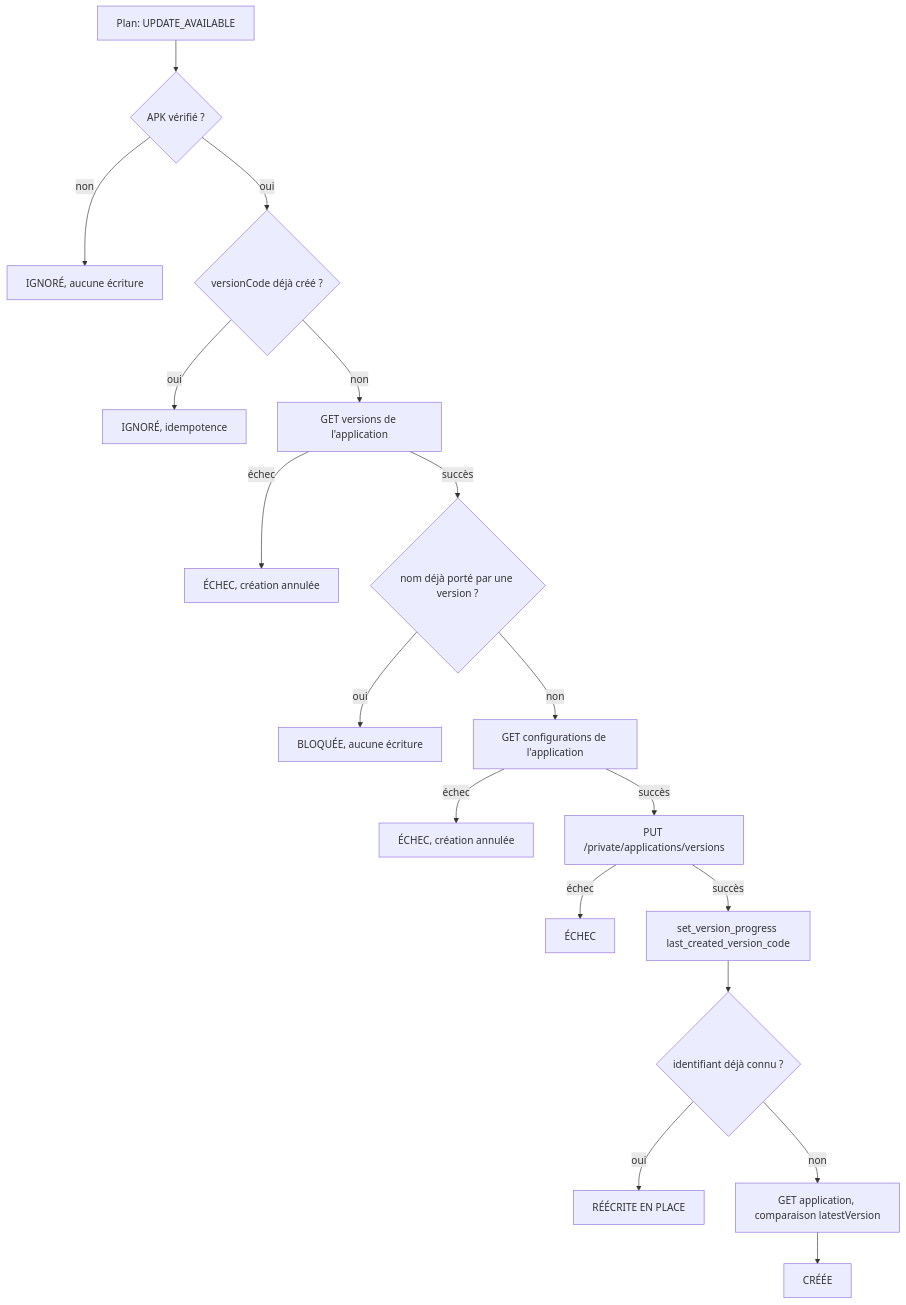
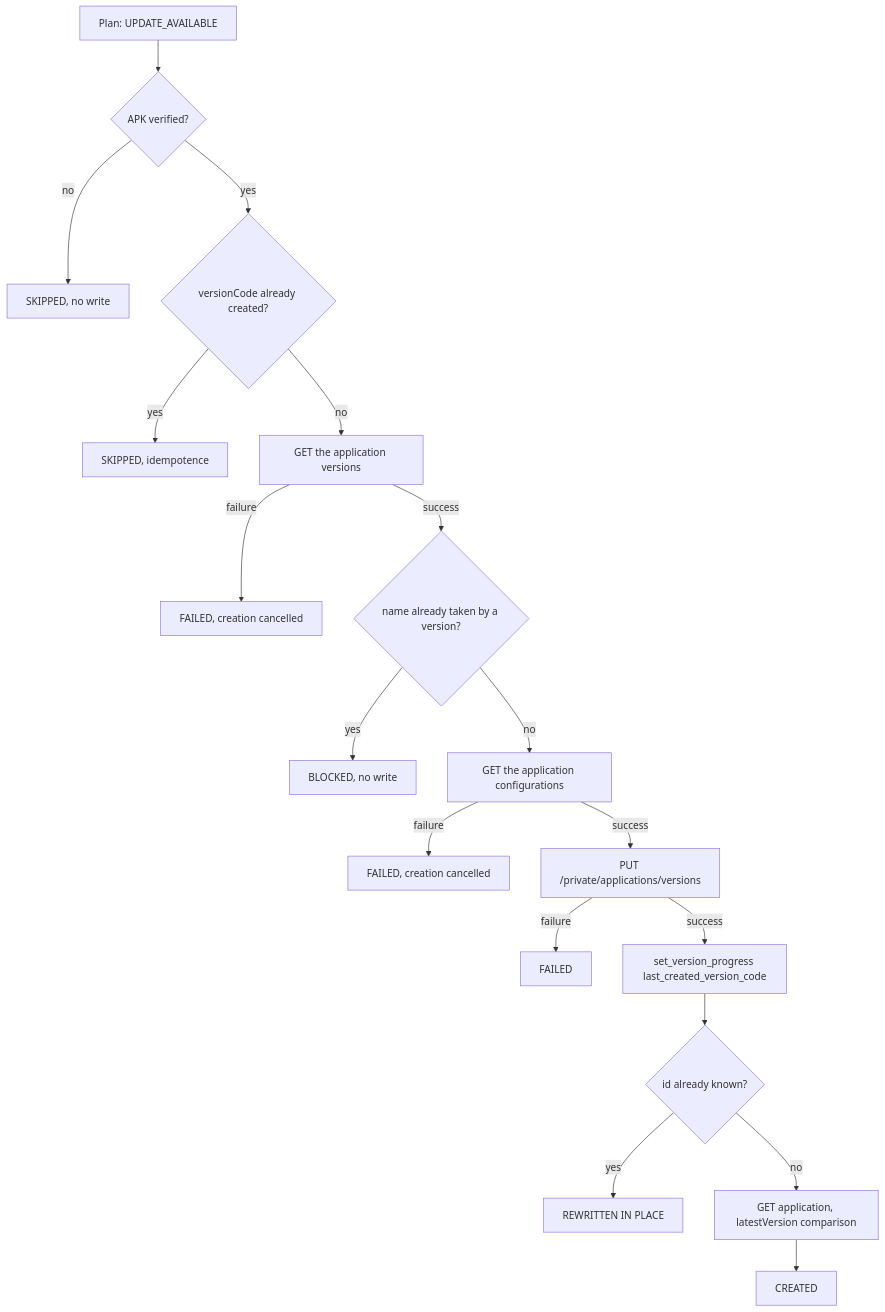
Before and after one commit to Sarcouy/fdroid-headwind-mirror: the fourth of 5 diagrams in docs/architecture.md, drawn with Mermaid. The commit also changed other lines of this file and 8 other files, not shown here.

````diff
--- a/docs/architecture.md
+++ b/docs/architecture.md
@@ -823,20 +812,20 @@
 ```mermaid
 flowchart TD
-    A[Plan: UPDATE_AVAILABLE] --> B{APK vérifié ?}
-    B -- non --> S1[IGNORÉ, aucune écriture]
-    B -- oui --> C{versionCode déjà créé ?}
-    C -- oui --> S2[IGNORÉ, idempotence]
-    C -- non --> V[GET versions de l'application]
-    V -- échec --> S5[ÉCHEC, création annulée]
-    V -- succès --> N{nom déjà porté par une version ?}
-    N -- oui --> S6[BLOQUÉE, aucune écriture]
-    N -- non --> D[GET configurations de l'application]
-    D -- échec --> S3[ÉCHEC, création annulée]
-    D -- succès --> E[PUT /private/applications/versions]
-    E -- échec --> S4[ÉCHEC]
-    E -- succès --> F[set_version_progress last_created_version_code]
-    F --> R{identifiant déjà connu ?}
-    R -- oui --> S7[RÉÉCRITE EN PLACE]
-    R -- non --> G[GET application, comparaison latestVersion]
-    G --> H[CRÉÉE]
+    A[Plan: UPDATE_AVAILABLE] --> B{APK verified?}
+    B -- no --> S1[SKIPPED, no write]
+    B -- yes --> C{versionCode already created?}
+    C -- yes --> S2[SKIPPED, idempotence]
+    C -- no --> V[GET the application versions]
+    V -- failure --> S5[FAILED, creation cancelled]
+    V -- success --> N{name already taken by a version?}
+    N -- yes --> S6[BLOCKED, no write]
+    N -- no --> D[GET the application configurations]
+    D -- failure --> S3[FAILED, creation cancelled]
+    D -- success --> E[PUT /private/applications/versions]
+    E -- failure --> S4[FAILED]
+    E -- success --> F[set_version_progress last_created_version_code]
+    F --> R{id already known?}
+    R -- yes --> S7[REWRITTEN IN PLACE]
+    R -- no --> G[GET application, latestVersion comparison]
+    G --> H[CREATED]
 ```
````
